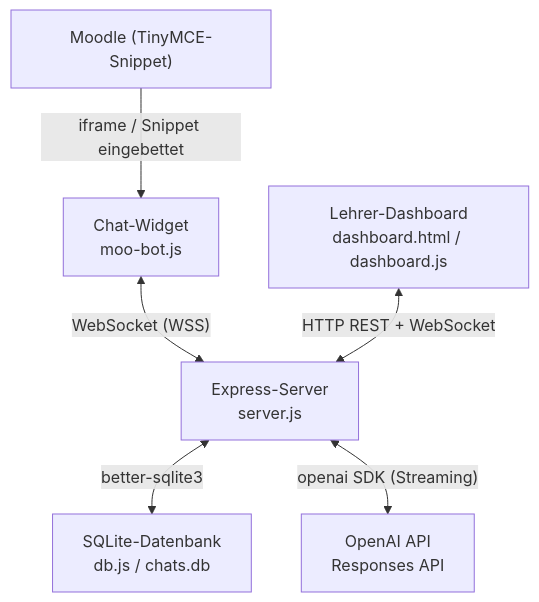
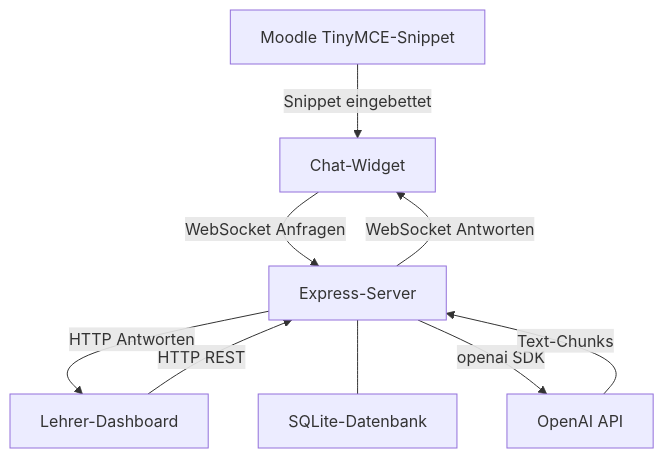
The first of 2 diagrams in docs/architecture.md (matthiasgruenwald/moo-gpt), drawn with Mermaid before and after one commit. The commit also changed 1 other file, not shown here.

Commit message:
fix: P9 Info-Tab Korrekturen
- Schüler-Tab: Feedback-Bewertungen an KI-Antworten erwähnt
- Optimierung-Tab: KI-Optimierungsvorschlag aus Schüler-Feedback ergänzt
- FAQ: USD -> US-Dollar ausgeschrieben
- FAQ: abgpt/tegpt durch Lehrer-sichtbare Namen ersetzt
- Mermaid: Syntax vereinfacht (keine \n in Labels, kein <-->)

````diff
--- a/docs/architecture.md
+++ b/docs/architecture.md
@@ -5,15 +5,18 @@
 ```mermaid
 graph TD
-    Moodle["Moodle (TinyMCE-Snippet)"]
-    Widget["Chat-Widget\nmoo-bot.js"]
-    Dashboard["Lehrer-Dashboard\ndashboard.html / dashboard.js"]
-    Server["Express-Server\nserver.js"]
-    DB["SQLite-Datenbank\ndb.js / chats.db"]
-    OpenAI["OpenAI API\nResponses API"]
+    Moodle[Moodle TinyMCE-Snippet]
+    Widget[Chat-Widget]
+    Dashboard[Lehrer-Dashboard]
+    Server[Express-Server]
+    DB[SQLite-Datenbank]
+    OpenAI[OpenAI API]
 
-    Moodle -->|"iframe / Snippet eingebettet"| Widget
-    Widget <-->|"WebSocket (WSS)"| Server
-    Dashboard <-->|"HTTP REST + WebSocket"| Server
-    Server <-->|"better-sqlite3"| DB
-    Server <-->|"openai SDK (Streaming)"| OpenAI
+    Moodle -->|Snippet eingebettet| Widget
+    Widget -->|WebSocket Anfragen| Server
+    Server -->|WebSocket Antworten| Widget
+    Dashboard -->|HTTP REST| Server
+    Server -->|HTTP Antworten| Dashboard
+    Server --- DB
+    Server -->|openai SDK| OpenAI
+    OpenAI -->|Text-Chunks| Server
 ```
````
